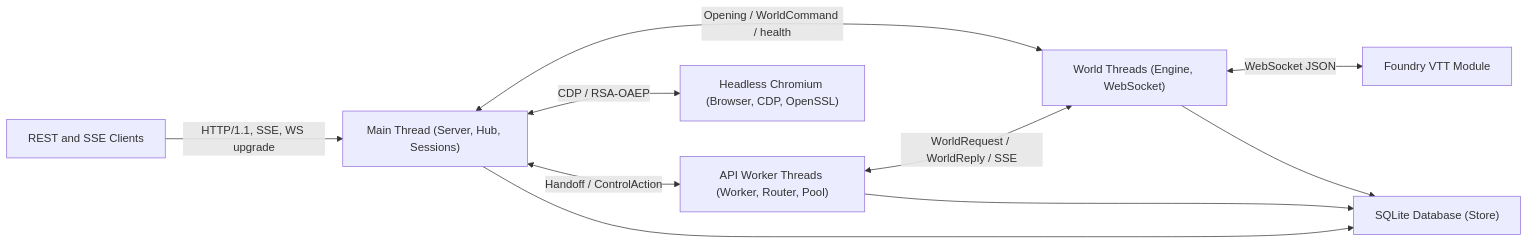
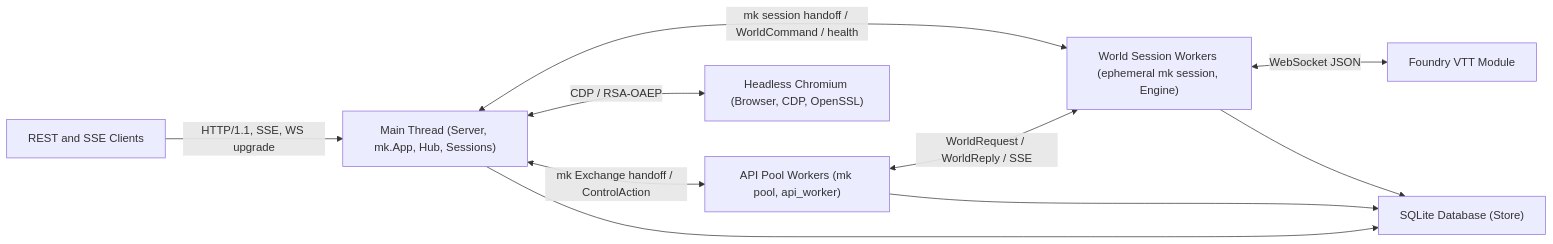
The diagram in docs/index.md (mascarenhas/foundry-relay), drawn with Mermaid before and after one commit. The commit also changed other lines of this file and 41 other files, not shown here.

````diff
--- a/docs/index.md
+++ b/docs/index.md
@@ -17,20 +17,20 @@
 ```mermaid
 flowchart LR
   Clients["REST and SSE Clients"]
-  Main["Main Thread (Server, Hub, Sessions)"]
-  ApiWorkers["API Worker Threads (Worker, Router, Pool)"]
-  Worlds["World Threads (Engine, WebSocket)"]
+  Main["Main Thread (Server, mk.App, Hub, Sessions)"]
+  ApiWorkers["API Pool Workers (mk pool, api_worker)"]
+  Worlds["World Session Workers (ephemeral mk session, Engine)"]
   Foundry["Foundry VTT Module"]
   Sqlite["SQLite Database (Store)"]
   Browser["Headless Chromium (Browser, CDP, OpenSSL)"]
 
   Clients -->|"HTTP/1.1, SSE, WS upgrade"| Main
-  Main <-->|"Handoff / ControlAction"| ApiWorkers
+  Main <-->|"mk Exchange handoff / ControlAction"| ApiWorkers
   ApiWorkers <-->|"WorldRequest / WorldReply / SSE"| Worlds
-  Main <-->|"Opening / WorldCommand / health"| Worlds
+  Main <-->|"mk session handoff / WorldCommand / health"| Worlds
   Worlds <-->|"WebSocket JSON"| Foundry
   Main --> Sqlite
   ApiWorkers --> Sqlite
   Worlds --> Sqlite
   Main <-->|"CDP / RSA-OAEP"| Browser
 ```
````
